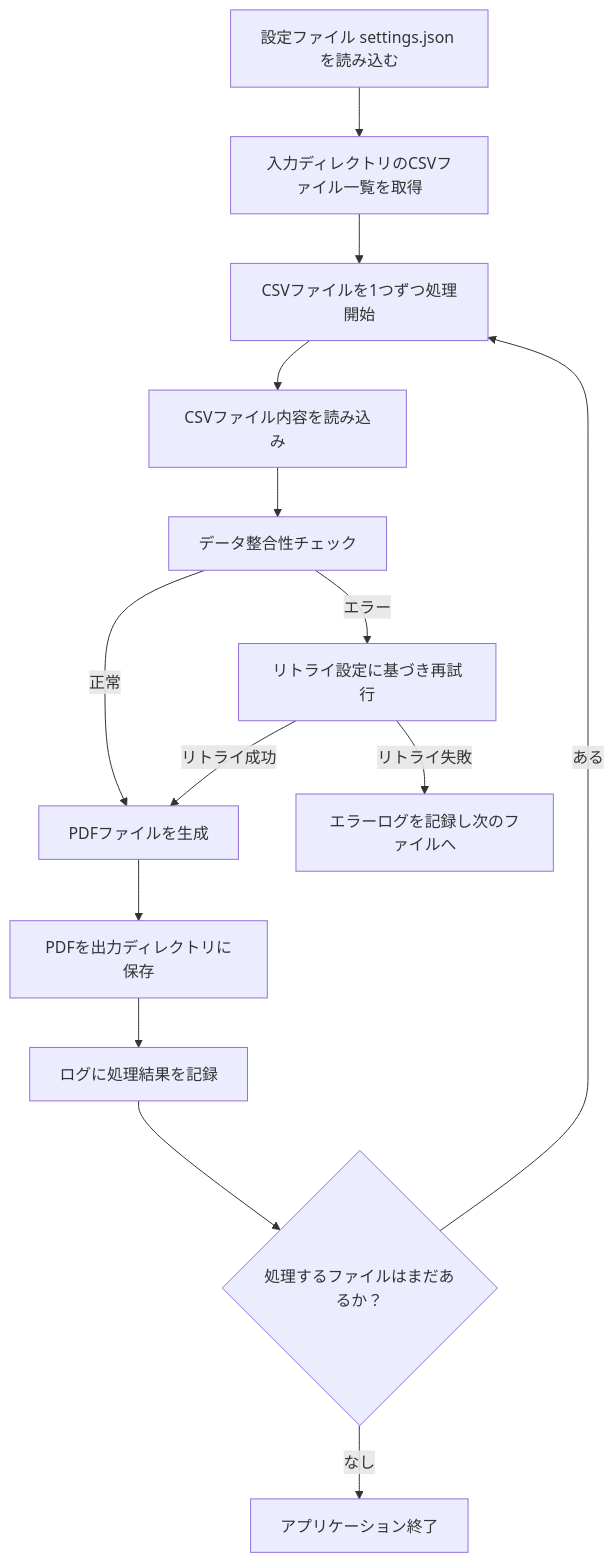
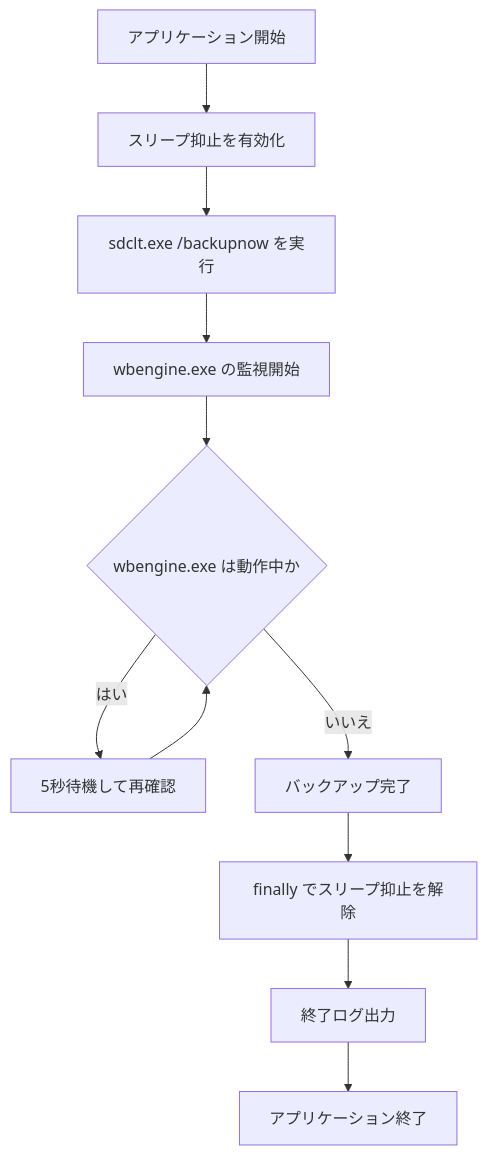
The diagram in README.md (Shinoryo/BackupSleepSuppressor), drawn with Mermaid before and after one commit. The commit also changed other lines of this file, not shown here.

````diff
--- a/README.md
+++ b/README.md
@@ -113,16 +82,13 @@
 ```mermaid
 flowchart TD
-    A[設定ファイル settings.json を読み込む] --> B[入力ディレクトリのCSVファイル一覧を取得]
-    B --> C[CSVファイルを1つずつ処理開始]
-    C --> D[CSVファイル内容を読み込み]
-    D --> E[データ整合性チェック]
-    E -->|正常| F[PDFファイルを生成]
-    E -->|エラー| G[リトライ設定に基づき再試行]
-    G -->|リトライ成功| F
-    G -->|リトライ失敗| H[エラーログを記録し次のファイルへ]
-    F --> I[PDFを出力ディレクトリに保存]
-    I --> J[ログに処理結果を記録]
-    J --> K{処理するファイルはまだあるか？}
-    K -->|ある| C
-    K -->|なし| L[アプリケーション終了]
+    A[アプリケーション開始] --> B[スリープ抑止を有効化]
+    B --> C[sdclt.exe /backupnow を実行]
+    C --> D[wbengine.exe の監視開始]
+    D --> E{wbengine.exe は動作中か}
+    E -->|はい| F[5秒待機して再確認]
+    F --> E
+    E -->|いいえ| G[バックアップ完了]
+    G --> H[finally でスリープ抑止を解除]
+    H --> I[終了ログ出力]
+    I --> J[アプリケーション終了]
 ```
````
